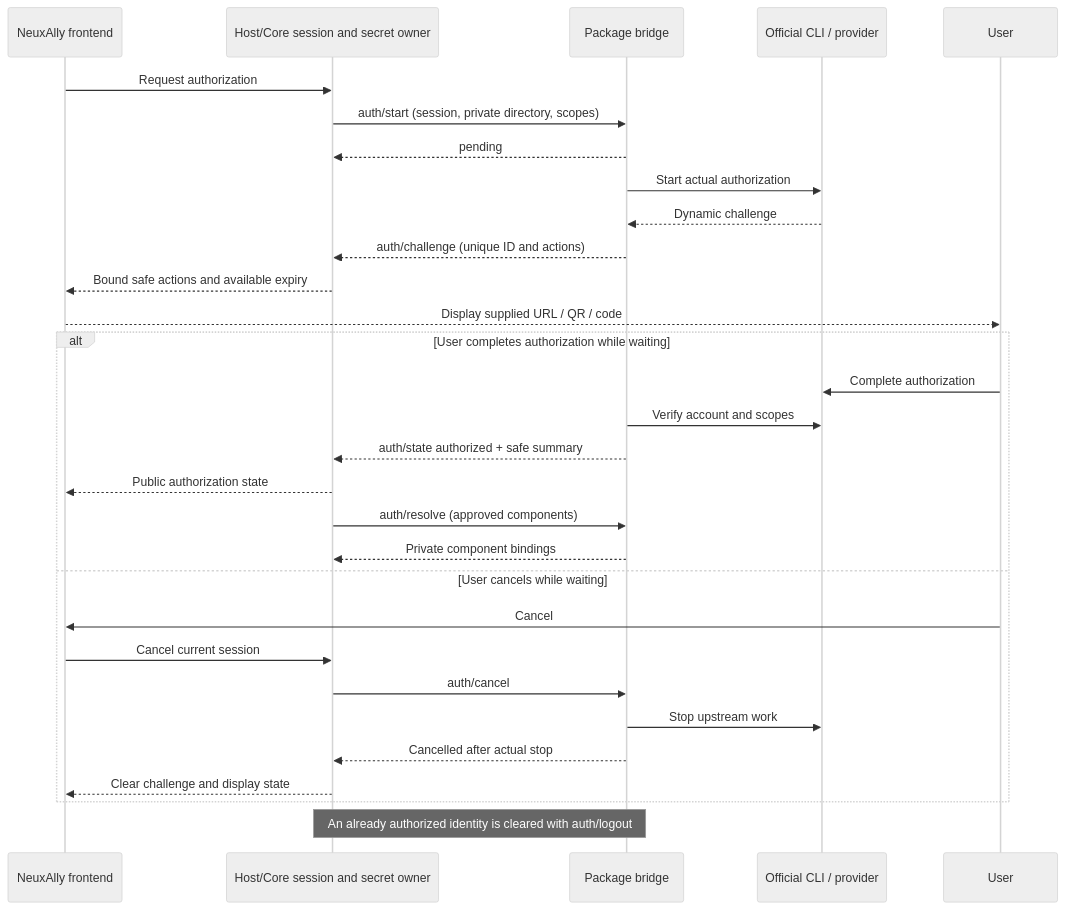
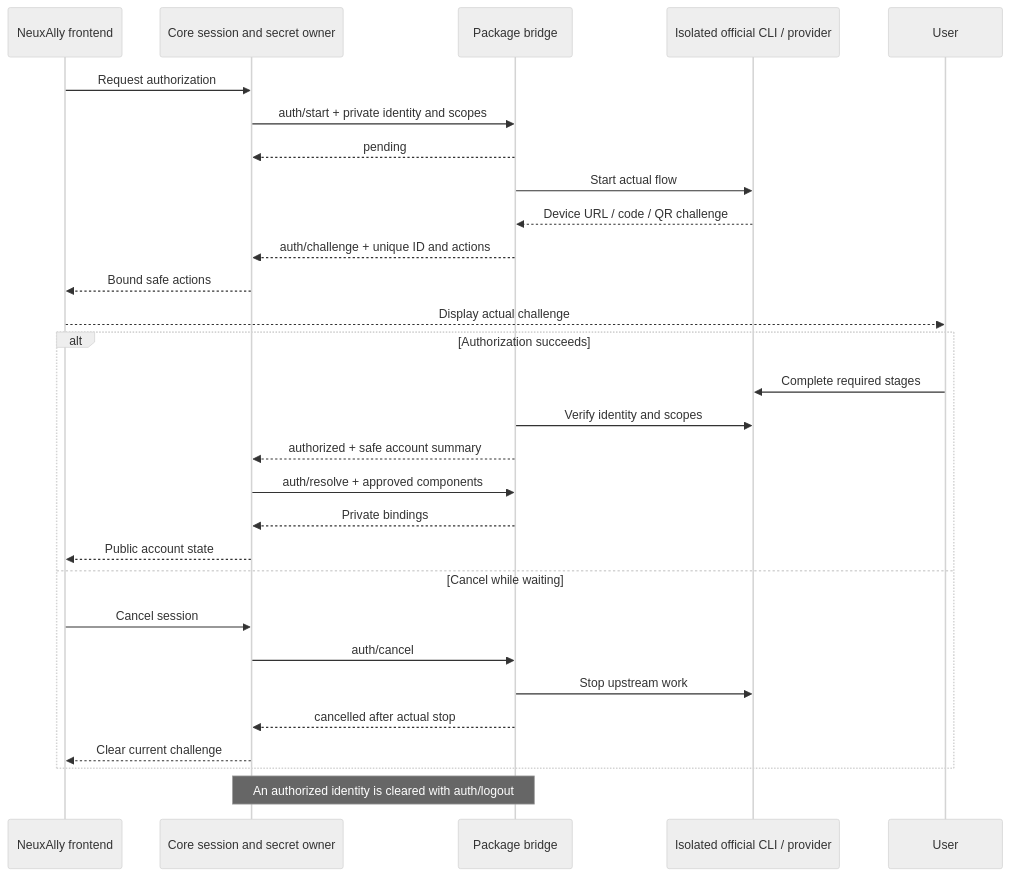
The second of 2 diagrams in README.md (JieWaZi/NeuAally-Plugins), drawn with Mermaid (neutral theme) before and after one commit. The commit also changed other lines of this file and 604 other files, not shown here.

````diff
--- a/README.md
+++ b/README.md
@@ -104,32 +56,31 @@
 ```mermaid
 sequenceDiagram
   participant UI as NeuxAlly frontend
-  participant Core as Host/Core session and secret owner
+  participant Core as Core session and secret owner
   participant Bridge as Package bridge
-  participant Provider as Official CLI / provider
+  participant Vendor as Isolated official CLI / provider
   participant User
   UI->>Core: Request authorization
-  Core->>Bridge: auth/start (session, private directory, scopes)
+  Core->>Bridge: auth/start + private identity and scopes
   Bridge-->>Core: pending
-  Bridge->>Provider: Start actual authorization
-  Provider-->>Bridge: Dynamic challenge
-  Bridge-->>Core: auth/challenge (unique ID and actions)
-  Core-->>UI: Bound safe actions and available expiry
-  UI-->>User: Display supplied URL / QR / code
-  alt User completes authorization while waiting
-    User->>Provider: Complete authorization
-  Bridge->>Provider: Verify account and scopes
-  Bridge-->>Core: auth/state authorized + safe summary
-  Core-->>UI: Public authorization state
-  Core->>Bridge: auth/resolve (approved components)
-  Bridge-->>Core: Private component bindings
-  else User cancels while waiting
-    User->>UI: Cancel
-    UI->>Core: Cancel current session
+  Bridge->>Vendor: Start actual flow
+  Vendor-->>Bridge: Device URL / code / QR challenge
+  Bridge-->>Core: auth/challenge + unique ID and actions
+  Core-->>UI: Bound safe actions
+  UI-->>User: Display actual challenge
+  alt Authorization succeeds
+    User->>Vendor: Complete required stages
+    Bridge->>Vendor: Verify identity and scopes
+    Bridge-->>Core: authorized + safe account summary
+    Core->>Bridge: auth/resolve + approved components
+    Bridge-->>Core: Private bindings
+    Core-->>UI: Public account state
+  else Cancel while waiting
+    UI->>Core: Cancel session
     Core->>Bridge: auth/cancel
-    Bridge->>Provider: Stop upstream work
-    Bridge-->>Core: Cancelled after actual stop
-    Core-->>UI: Clear challenge and display state
+    Bridge->>Vendor: Stop upstream work
+    Bridge-->>Core: cancelled after actual stop
+    Core-->>UI: Clear current challenge
   end
-  Note over Core,Bridge: An already authorized identity is cleared with auth/logout
+  Note over Core,Bridge: An authorized identity is cleared with auth/logout
 ```
````
